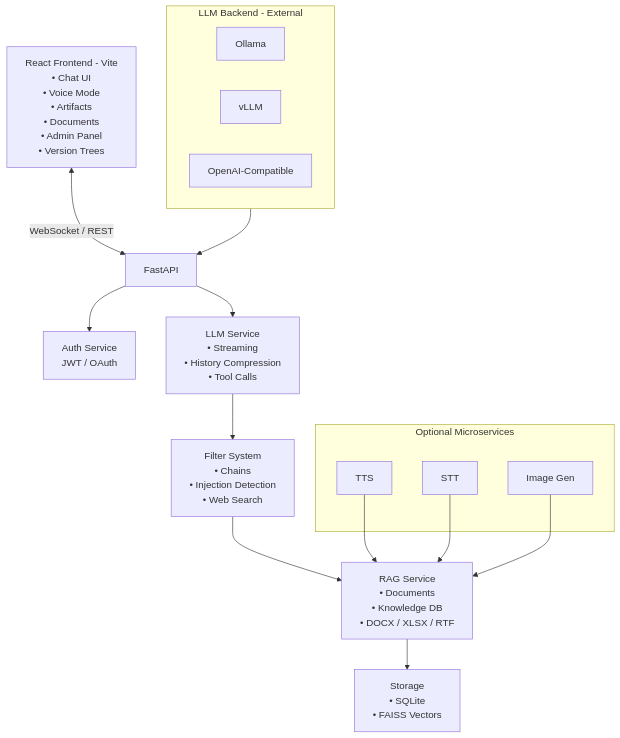
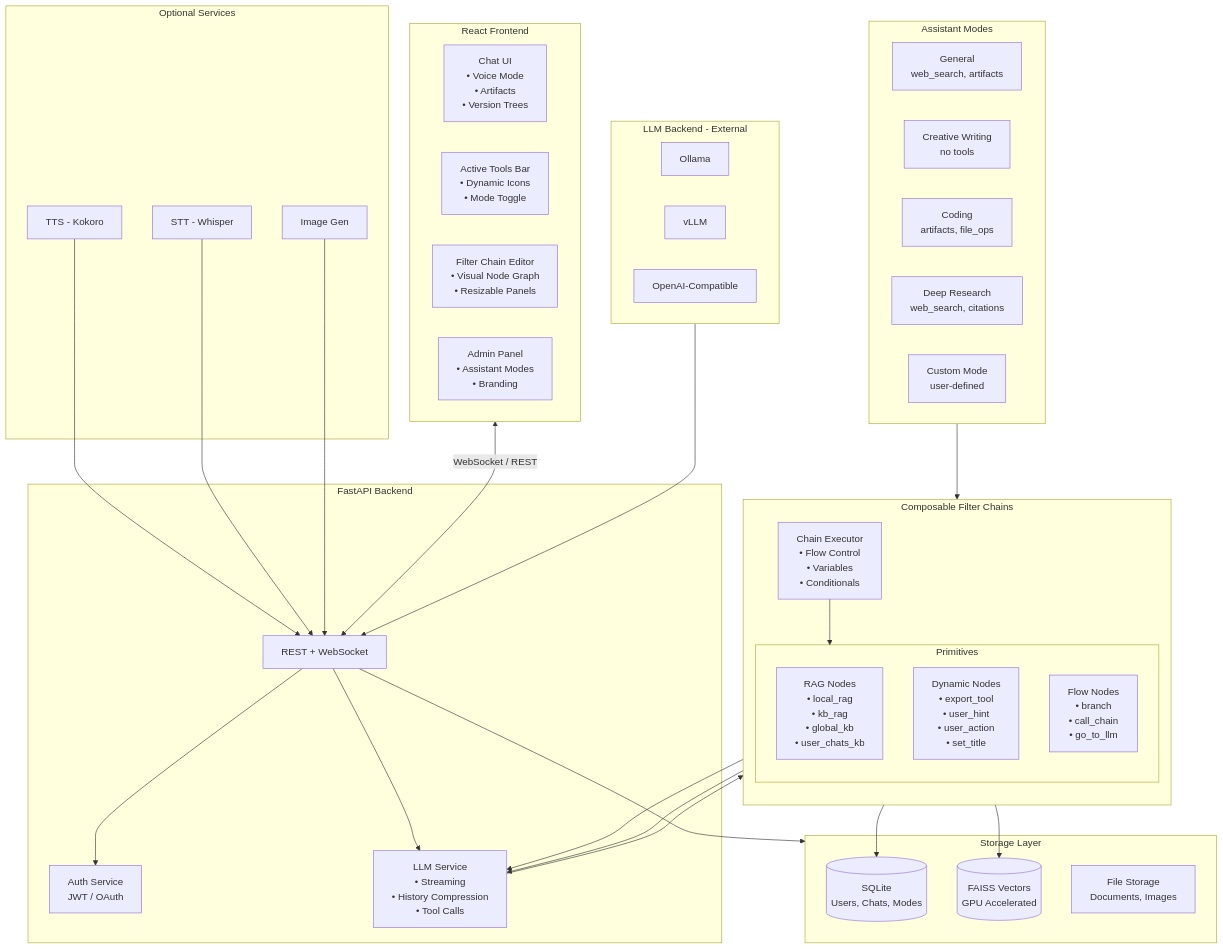
One commit to philtimmes/open-nuechat changed the diagram in README.md. Above: the diagram before and after it, drawn with Mermaid. The commit also changed other lines of this file and 29 other files, not shown here.

Commit message:
Major UI / Flow Overhaul.

````diff
--- a/README.md
+++ b/README.md
@@ -35,49 +35,82 @@
 ```mermaid
 flowchart TB
     %% ===== External LLMs =====
     subgraph EXT[LLM Backend - External]
         Ollama[Ollama]
         vLLM[vLLM]
         OpenAI[OpenAI-Compatible]
     end
 
     %% ===== Frontend =====
-    FE[React Frontend - Vite<br/>• Chat UI<br/>• Voice Mode<br/>• Artifacts<br/>• Documents<br/>• Admin Panel<br/>• Version Trees]
+    subgraph FE[React Frontend]
+        UI[Chat UI<br/>• Voice Mode<br/>• Artifacts<br/>• Version Trees]
+        Toolbar[Active Tools Bar<br/>• Dynamic Icons<br/>• Mode Toggle]
+        FlowEdit[Filter Chain Editor<br/>• Visual Node Graph<br/>• Resizable Panels]
+        Admin[Admin Panel<br/>• Assistant Modes<br/>• Branding]
+    end
 
-    %% ===== Backend =====
-    API[FastAPI]
-    Auth[Auth Service<br/>JWT / OAuth]
+    %% ===== Backend Core =====
+    subgraph CORE[FastAPI Backend]
+        API[REST + WebSocket]
+        Auth[Auth Service<br/>JWT / OAuth]
+        LLM[LLM Service<br/>• Streaming<br/>• History Compression<br/>• Tool Calls]
+    end
 
-    %% ===== LLM Core =====
-    LLM[LLM Service<br/>• Streaming<br/>• History Compression<br/>• Tool Calls]
+    %% ===== Filter Chain System (NC-0.8.0.0) =====
+    subgraph FILTERS[Composable Filter Chains]
+        direction TB
+        Executor[Chain Executor<br/>• Flow Control<br/>• Variables<br/>• Conditionals]
+        
+        subgraph PRIMS[Primitives]
+            RAG_P[RAG Nodes<br/>• local_rag<br/>• kb_rag<br/>• global_kb<br/>• user_chats_kb]
+            DYN_P[Dynamic Nodes<br/>• export_tool<br/>• user_hint<br/>• user_action<br/>• set_title]
+            FLOW_P[Flow Nodes<br/>• branch<br/>• call_chain<br/>• go_to_llm]
+        end
+    end
 
-    %% ===== Filters =====
-    Filter[Filter System<br/>• Chains<br/>• Injection Detection<br/>• Web Search]
+    %% ===== Assistant Modes =====
+    subgraph MODES[Assistant Modes]
+        General[General<br/>web_search, artifacts]
+        Creative[Creative Writing<br/>no tools]
+        Coding[Coding<br/>artifacts, file_ops]
+        Research[Deep Research<br/>web_search, citations]
+        Custom[Custom Mode<br/>user-defined]
+    end
 
-    %% ===== RAG =====
-    RAG[RAG Service<br/>• Documents<br/>• Knowledge DB<br/>• DOCX / XLSX / RTF]
-    Store[Storage<br/>• SQLite<br/>• FAISS Vectors]
+    %% ===== Storage =====
+    subgraph STORE[Storage Layer]
+        SQLite[(SQLite<br/>Users, Chats, Modes)]
+        FAISS[(FAISS Vectors<br/>GPU Accelerated)]
+        Files[File Storage<br/>Documents, Images]
+    end
 
     %% ===== Optional Microservices =====
-    subgraph MS[Optional Microservices]
-        TTS[TTS]
-        STT[STT]
+    subgraph MS[Optional Services]
+        TTS[TTS - Kokoro]
+        STT[STT - Whisper]
         IMG[Image Gen]
     end
 
     %% ===== Connections =====
     FE <--> |WebSocket / REST| API
     API --> Auth
     API --> LLM
-
     EXT --> API
 
-    LLM --> Filter
-    Filter --> RAG
+    LLM --> Executor
+    Executor --> PRIMS
+    
+    MODES --> Executor
+    
+    RAG_P --> FAISS
+    RAG_P --> SQLite
+    
+    DYN_P --> LLM
+    FLOW_P --> LLM
 
-    TTS --> RAG
-    STT --> RAG
-    IMG --> RAG
+    TTS --> API
+    STT --> API
+    IMG --> API
 
-    RAG --> Store
+    API --> STORE
 ```
````
